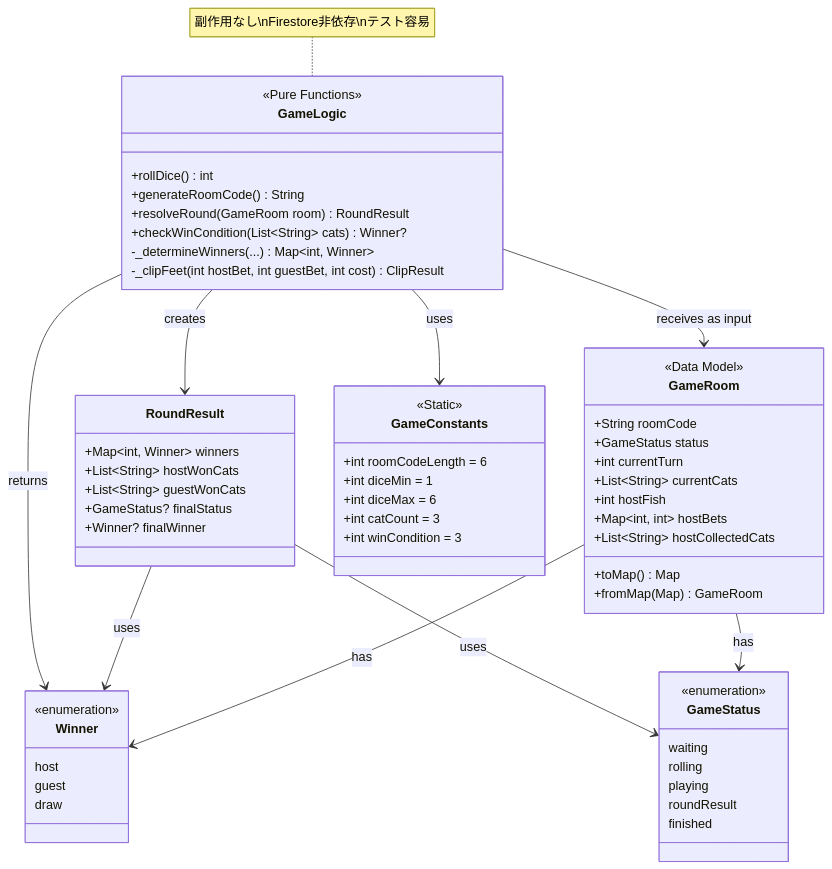
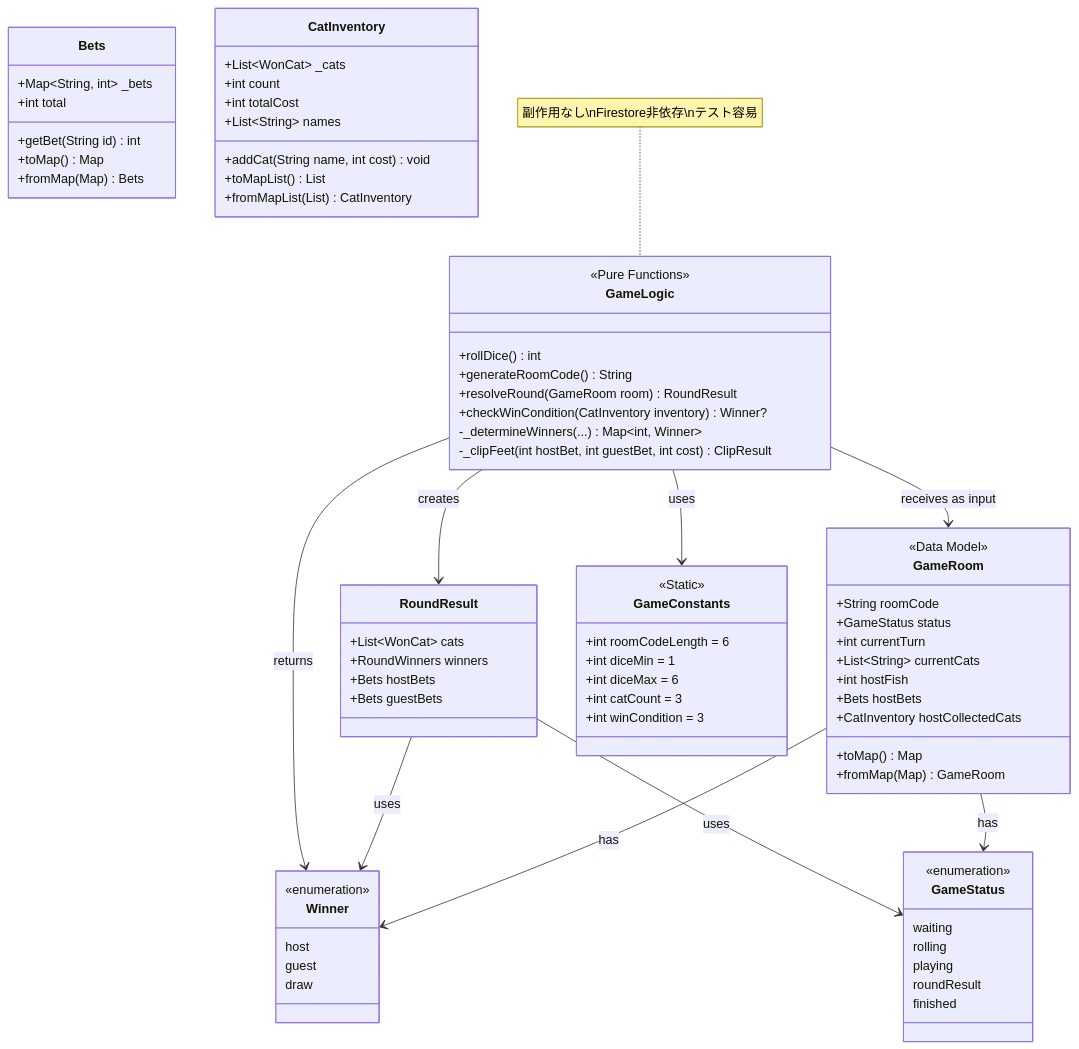
Before and after one commit to YotaMomose/battle_for_the_cats: the fourth of 8 diagrams in docs/architecture/04_class_diagram.md, drawn with Mermaid. The commit also changed other lines of this file and 4 other files, not shown here.

```diff
--- a/docs/architecture/04_class_diagram.md
+++ b/docs/architecture/04_class_diagram.md
@@ -315,17 +314,16 @@
         +rollDice() int
         +generateRoomCode() String
         +resolveRound(GameRoom room) RoundResult
-        +checkWinCondition(List~String~ cats) Winner?
+        +checkWinCondition(CatInventory inventory) Winner?
         -_determineWinners(...) Map~int, Winner~
         -_clipFeet(int hostBet, int guestBet, int cost) ClipResult
     }
     
     class RoundResult {
-        +Map~int, Winner~ winners
-        +List~String~ hostWonCats
-        +List~String~ guestWonCats
-        +GameStatus? finalStatus
-        +Winner? finalWinner
+        +List~WonCat~ cats
+        +RoundWinners winners
+        +Bets hostBets
+        +Bets guestBets
     }
     
     class GameRoom {
@@ -335,10 +333,28 @@
         +int currentTurn
         +List~String~ currentCats
         +int hostFish
-        +Map~int, int~ hostBets
-        +List~String~ hostCollectedCats
+        +Bets hostBets
+        +CatInventory hostCollectedCats
         +toMap() Map
         +fromMap(Map) GameRoom
+    }
+
+    class Bets {
+        +Map~String, int~ _bets
+        +int total
+        +getBet(String id) int
+        +toMap() Map
+        +fromMap(Map) Bets
+    }
+
+    class CatInventory {
+        +List~WonCat~ _cats
+        +int count
+        +int totalCost
+        +List~String~ names
+        +addCat(String name, int cost) void
+        +toMapList() List
+        +fromMapList(List) CatInventory
     }
     
     class GameConstants {
```
